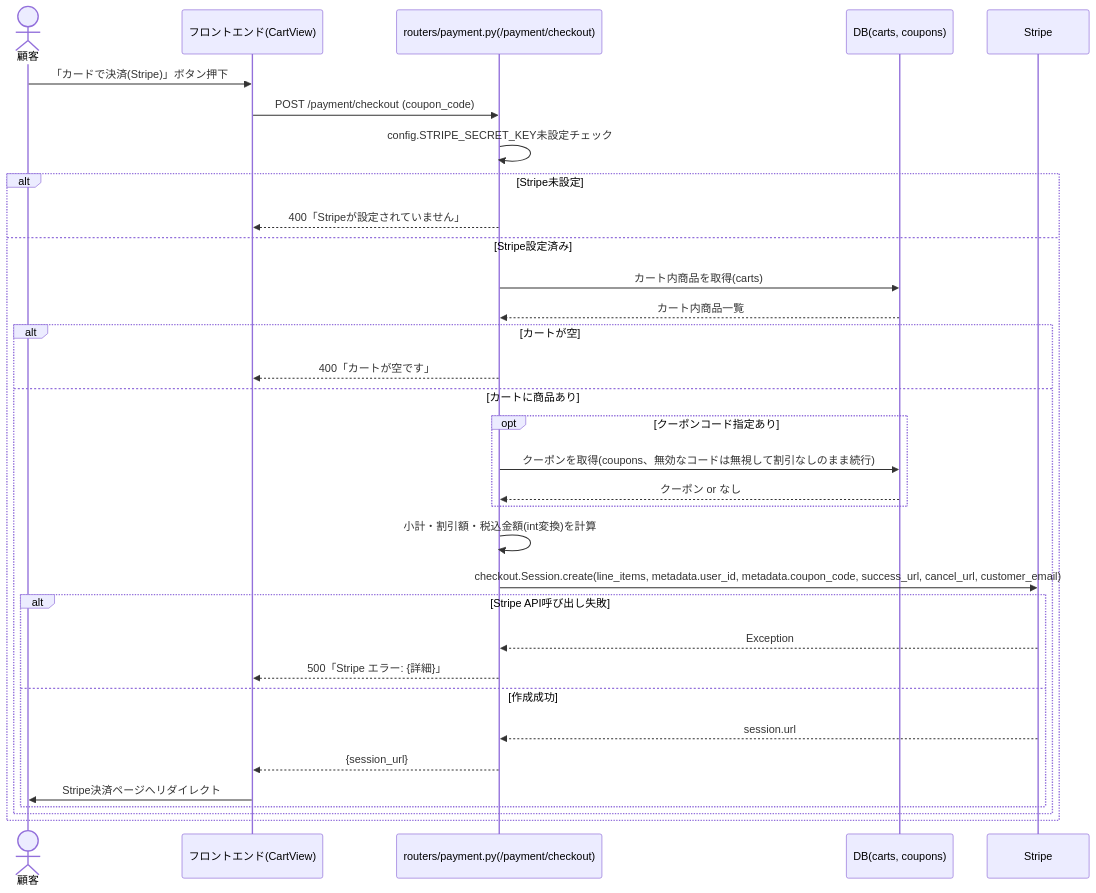
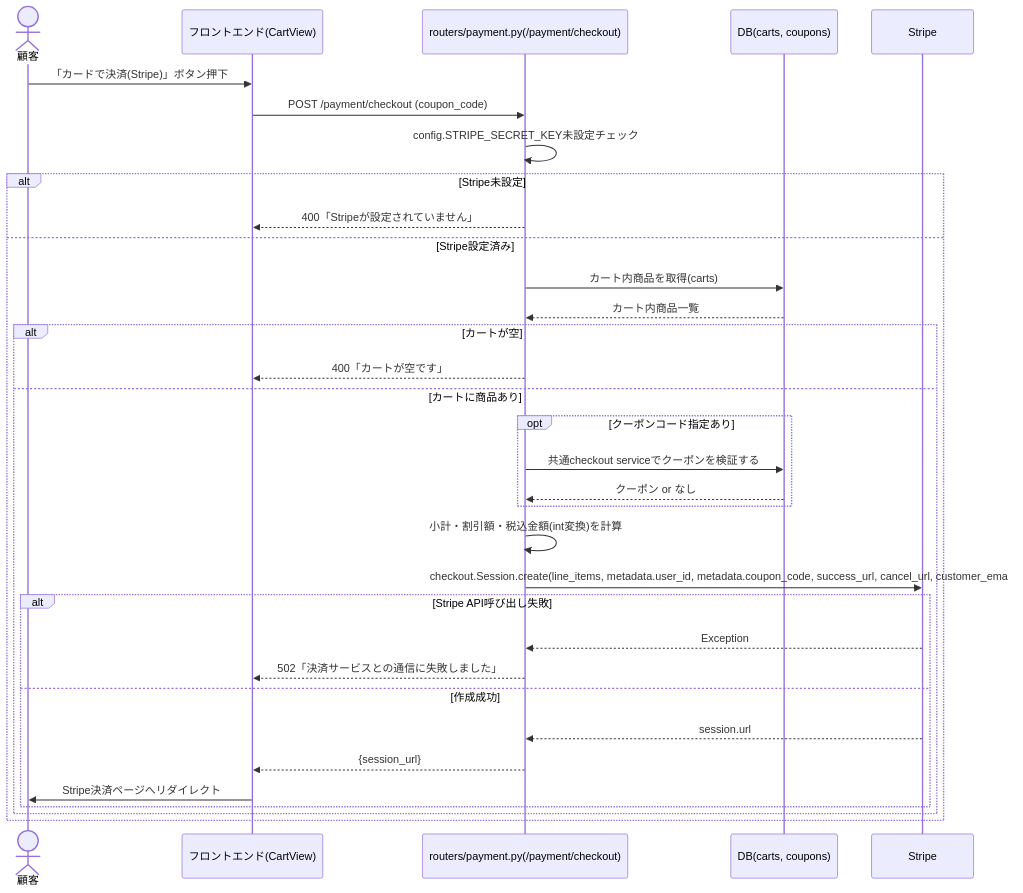
One commit to KokiNakano2nd/ec2site changed the second of 12 diagrams in docs/deliverables/internal_design/03_sequence_diagram.md. Above: the diagram before and after it, drawn with Mermaid. The commit also changed other lines of this file and 82 other files, not shown here.

````diff
--- a/docs/deliverables/internal_design/03_sequence_diagram.md
+++ b/docs/deliverables/internal_design/03_sequence_diagram.md
@@ -61,36 +61,36 @@
 ```mermaid
 sequenceDiagram
     actor 顧客
     participant Frontend as フロントエンド(CartView)
     participant API as routers/payment.py(/payment/checkout)
     participant DB as DB(carts, coupons)
     participant Stripe
 
     顧客->>Frontend: 「カードで決済(Stripe)」ボタン押下
     Frontend->>API: POST /payment/checkout (coupon_code)
     API->>API: config.STRIPE_SECRET_KEY未設定チェック
     alt Stripe未設定
         API-->>Frontend: 400「Stripeが設定されていません」
     else Stripe設定済み
         API->>DB: カート内商品を取得(carts)
         DB-->>API: カート内商品一覧
         alt カートが空
             API-->>Frontend: 400「カートが空です」
         else カートに商品あり
             opt クーポンコード指定あり
-                API->>DB: クーポンを取得(coupons、無効なコードは無視して割引なしのまま続行)
+                API->>DB: 共通checkout serviceでクーポンを検証する
                 DB-->>API: クーポン or なし
             end
             API->>API: 小計・割引額・税込金額(int変換)を計算
             API->>Stripe: checkout.Session.create(line_items, metadata.user_id, metadata.coupon_code, success_url, cancel_url, customer_email)
             alt Stripe API呼び出し失敗
                 Stripe-->>API: Exception
-                API-->>Frontend: 500「Stripe エラー: {詳細}」
+                API-->>Frontend: 502「決済サービスとの通信に失敗しました」
             else 作成成功
                 Stripe-->>API: session.url
                 API-->>Frontend: {session_url}
                 Frontend->>顧客: Stripe決済ページへリダイレクト
             end
         end
     end
 ```
````
